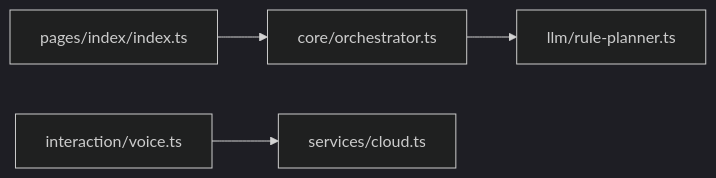
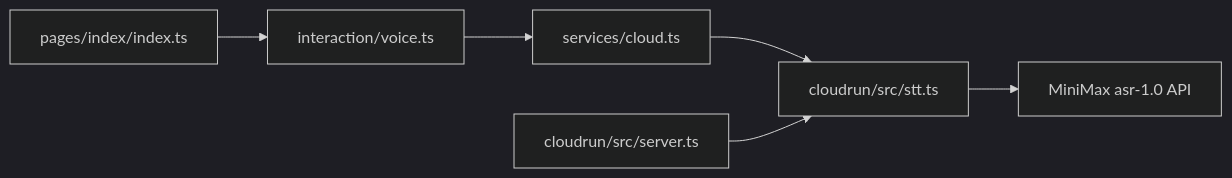
Before and after one commit to Ichi-Hackton/WAIC-WeChat-MiniProgram: the fifth of 5 diagrams in .qoder/repowiki/zh/content/用户界面/交互层设计/语音交互功能.md, drawn with Mermaid (dark theme). The commit also changed other lines of this file and 39 other files, not shown here.

````diff
--- a/.qoder/repowiki/zh/content/用户界面/交互层设计/语音交互功能.md
+++ b/.qoder/repowiki/zh/content/用户界面/交互层设计/语音交互功能.md
@@ -241,6 +252,8 @@
 ```mermaid
 graph LR
-Index["pages/index/index.ts"] --> Orchestrator["core/orchestrator.ts"]
-Voice["interaction/voice.ts"] --> Cloud["services/cloud.ts"]
-Orchestrator --> Planner["llm/rule-planner.ts"]
+Index["pages/index/index.ts"] --> Voice["interaction/voice.ts"]
+Voice --> Cloud["services/cloud.ts"]
+Cloud --> STT["cloudrun/src/stt.ts"]
+STT --> MiniMax["MiniMax asr-1.0 API"]
+Server["cloudrun/src/server.ts"] --> STT
 ```
````
